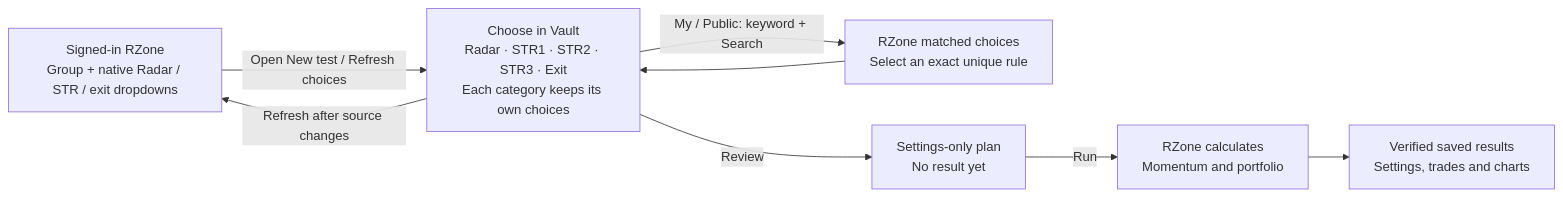
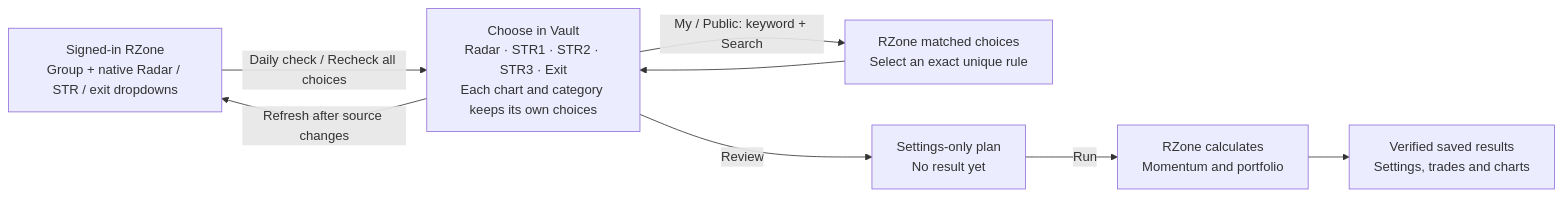
The fourth of 13 diagrams in README.md (mamamiya7/backtest-vault), drawn with Mermaid before and after one commit. The commit also changed other lines of this file and 26 other files, not shown here.

Commit message:
Add chart-specific setup and daily choice caching

````diff
--- a/README.md
+++ b/README.md
@@ -56,10 +72,10 @@
 ```mermaid
 flowchart LR
-    A["Signed-in RZone<br/>Group + native Radar / STR / exit dropdowns"] -->|"Open New test / Refresh choices"| B["Choose in Vault<br/>Radar · STR1 · STR2 · STR3 · Exit<br/>Each category keeps its own choices"]
+    A["Signed-in RZone<br/>Group + native Radar / STR / exit dropdowns"] -->|"Daily check / Recheck all choices"| B["Choose in Vault<br/>Radar · STR1 · STR2 · STR3 · Exit<br/>Each chart and category keeps its own choices"]
     B -->|"My / Public: keyword + Search"| Q["RZone matched choices<br/>Select an exact unique rule"]
     Q --> B
     B -->|"Refresh after source changes"| A
     B -->|"Review"| C["Settings-only plan<br/>No result yet"]
     C -->|"Run"| D["RZone calculates<br/>Momentum and portfolio"]
     D --> E["Verified saved results<br/>Settings, trades and charts"]
 ```
````
